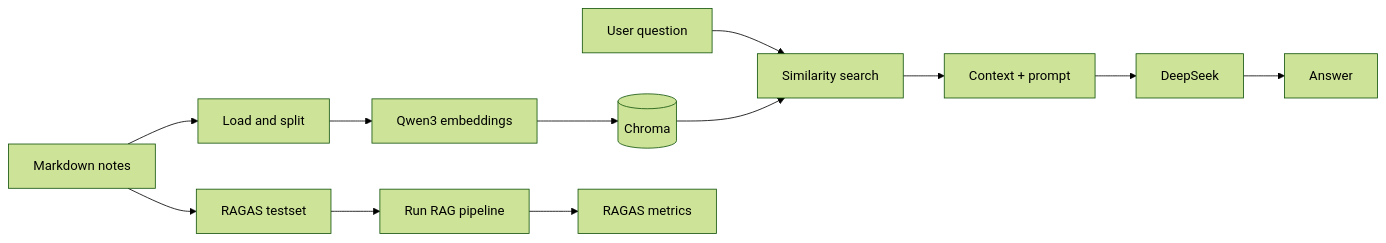
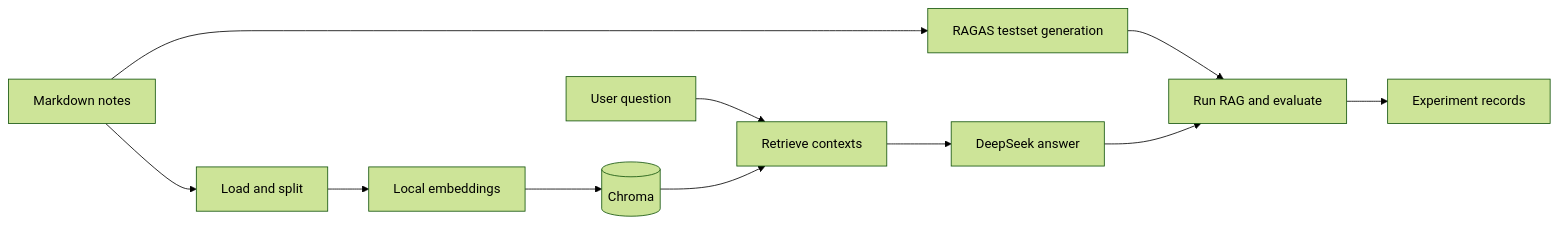
Before and after one commit to WenEnguang/RAG: the diagram in README.md, drawn with Mermaid (forest theme). The commit also changed other lines of this file, not shown here.

````diff
--- a/README.md
+++ b/README.md
@@ -23,14 +29,15 @@
 ```mermaid
 flowchart LR
-    A[Markdown notes] --> B[Load and split]
-    B --> C[Qwen3 embeddings]
-    C --> D[(Chroma)]
-    Q[User question] --> E[Similarity search]
-    D --> E
-    E --> F[Context + prompt]
-    F --> G[DeepSeek]
-    G --> H[Answer]
-    A --> I[RAGAS testset]
-    I --> J[Run RAG pipeline]
-    J --> K[RAGAS metrics]
+    Notes[Markdown notes] --> Split[Load and split]
+    Split --> Embed[Local embeddings]
+    Embed --> Store[(Chroma)]
+
+    Question[User question] --> Retrieve[Retrieve contexts]
+    Store --> Retrieve
+    Retrieve --> Answer[DeepSeek answer]
+
+    Notes --> Testset[RAGAS testset generation]
+    Testset --> Evaluate[Run RAG and evaluate]
+    Answer --> Evaluate
+    Evaluate --> Results[Experiment records]
 ```
````
